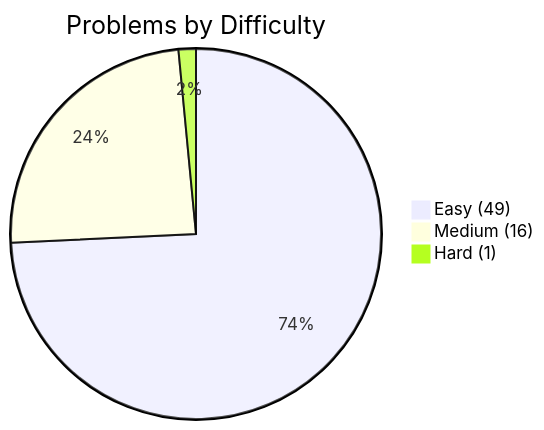
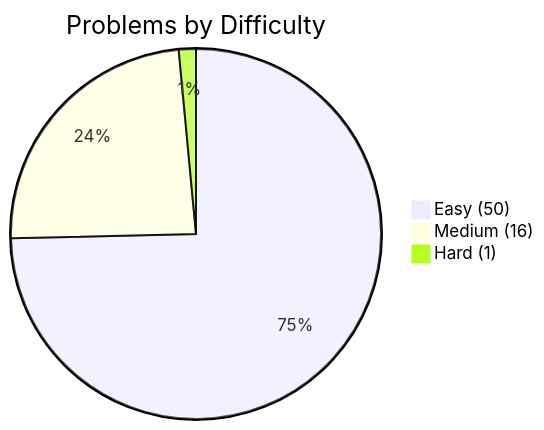
Before and after one commit to kanishk-procoder/leetcode-grind: the first of 2 diagrams in PROGRESS.md, drawn with Mermaid. The commit also changed other lines of this file and 4 other files, not shown here.

````diff
--- a/PROGRESS.md
+++ b/PROGRESS.md
@@ -5,6 +5,6 @@
 ```mermaid
 pie title Problems by Difficulty
-    "Easy (49)" : 49
+    "Easy (50)" : 50
     "Medium (16)" : 16
     "Hard (1)" : 1
 ```
````
